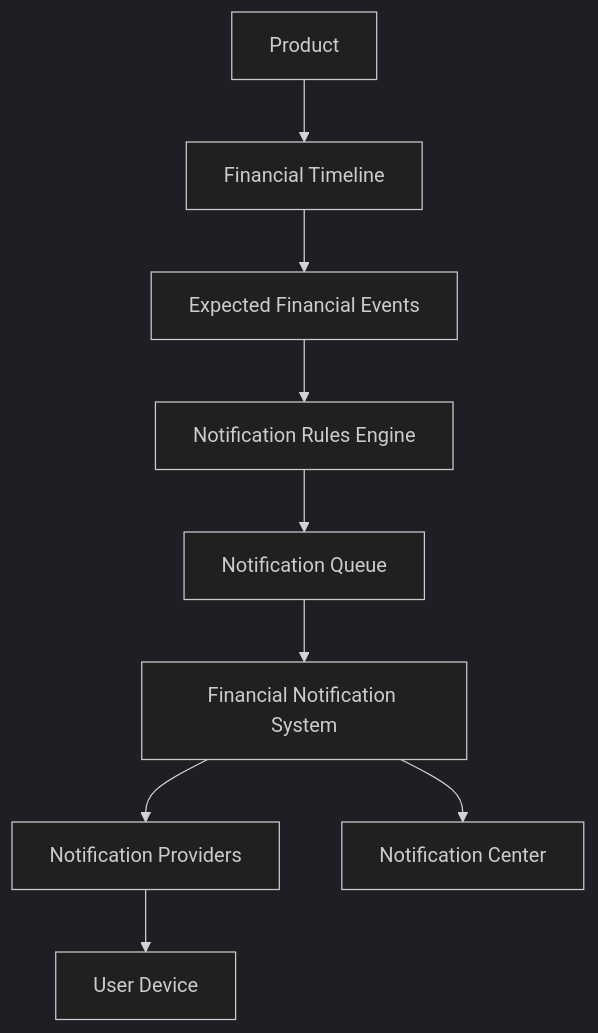
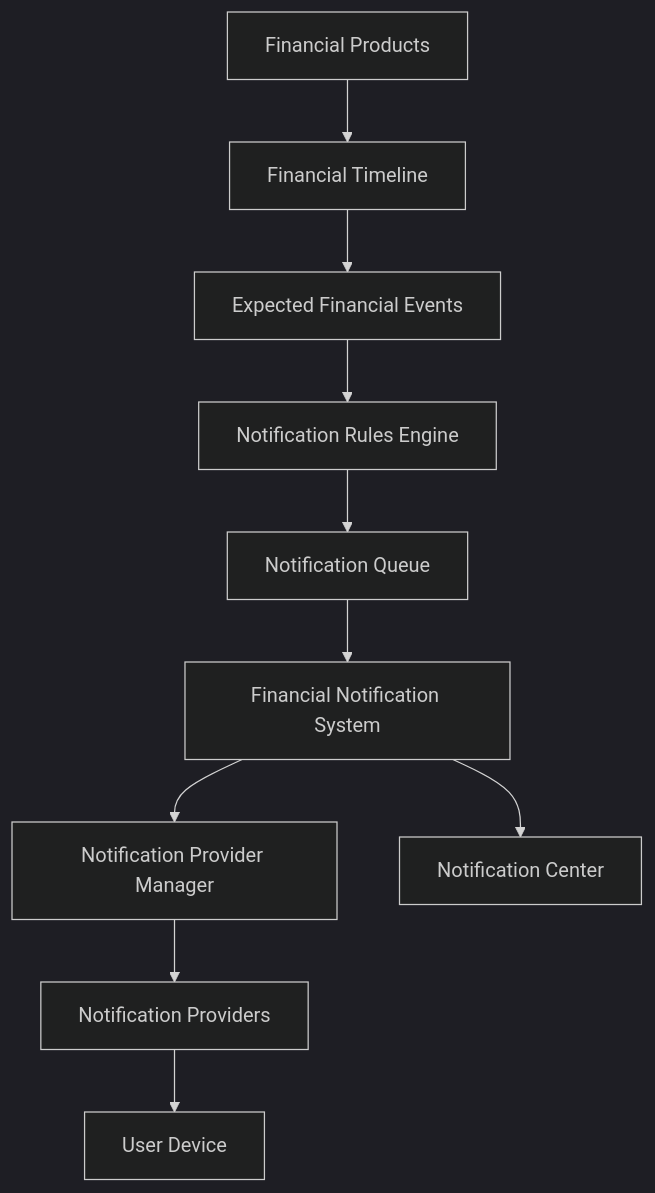
The first of 4 diagrams in docs/FINANCIAL_NOTIFICATION_SYSTEM_ARCHITECTURE.md (saran-devops-engineer/Finance-Command-Center), drawn with Mermaid (dark theme) before and after one commit. The commit also changed other lines of this file and 35 other files, not shown here.

````diff
--- a/docs/FINANCIAL_NOTIFICATION_SYSTEM_ARCHITECTURE.md
+++ b/docs/FINANCIAL_NOTIFICATION_SYSTEM_ARCHITECTURE.md
@@ -23,21 +25,23 @@
 ```mermaid
 flowchart TB
-  P[Product]
+  FP[Financial Products]
   FT[Financial Timeline]
-  EE[Expected Financial Events]
+  EFE[Expected Financial Events]
   RE[Notification Rules Engine]
   NQ[Notification Queue]
   FNS[Financial Notification System]
+  NPM[Notification Provider Manager]
   NP[Notification Providers]
-  D[User Device]
+  UD[User Device]
   NC[Notification Center]
 
-  P --> FT
-  FT --> EE
-  EE --> RE
+  FP --> FT
+  FT --> EFE
+  EFE --> RE
   RE --> NQ
   NQ --> FNS
-  FNS --> NP
-  NP --> D
   FNS --> NC
+  FNS --> NPM
+  NPM --> NP
+  NP --> UD
 ```
````
